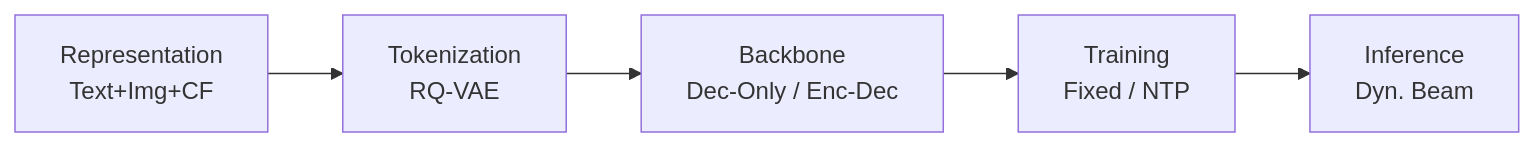
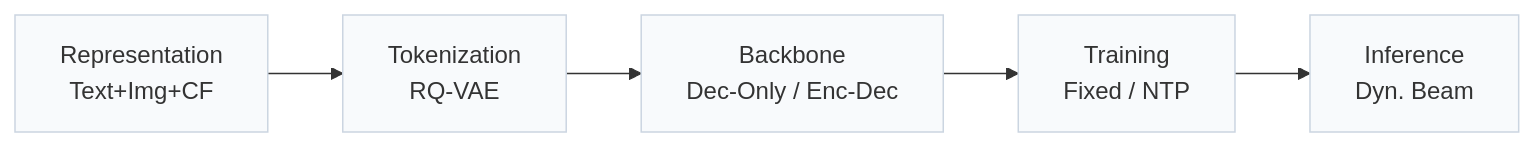
Before and after one commit to Galaxy-ghost/Awesome-SID-Generative-Rec: the first of 3 diagrams in pages/papers/forge.md, drawn with Mermaid. The commit also changed other lines of this file and 649 other files, not shown here.

Commit message:
writer-05: also tags and modality index (schema, check, build, visuals); summary field removed; calibration data for 12 papers

````diff
--- a/pages/papers/forge.md
+++ b/pages/papers/forge.md
@@ -13,4 +15,6 @@
 ```mermaid
 flowchart LR
     R["Representation<br/>Text+Img+CF"] --> T["Tokenization<br/>RQ-VAE"] --> B["Backbone<br/>Dec-Only / Enc-Dec"] --> TR["Training<br/>Fixed / NTP"] --> I["Inference<br/>Dyn. Beam"]
+    classDef base fill:#f8fafc,stroke:#cbd5e1
+    class R,T,B,TR,I base
 ```
````
